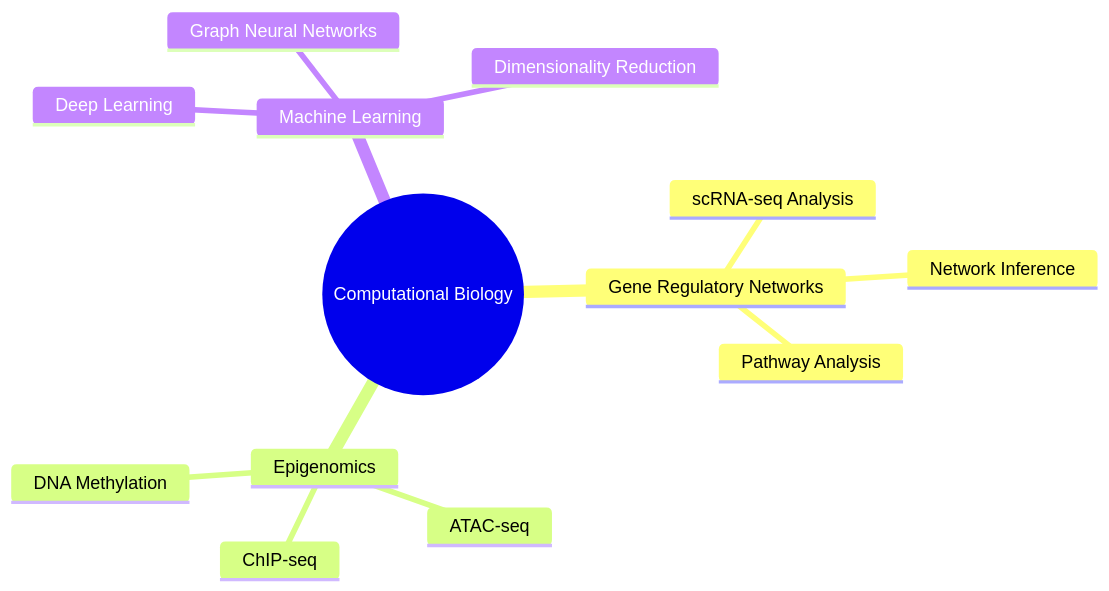
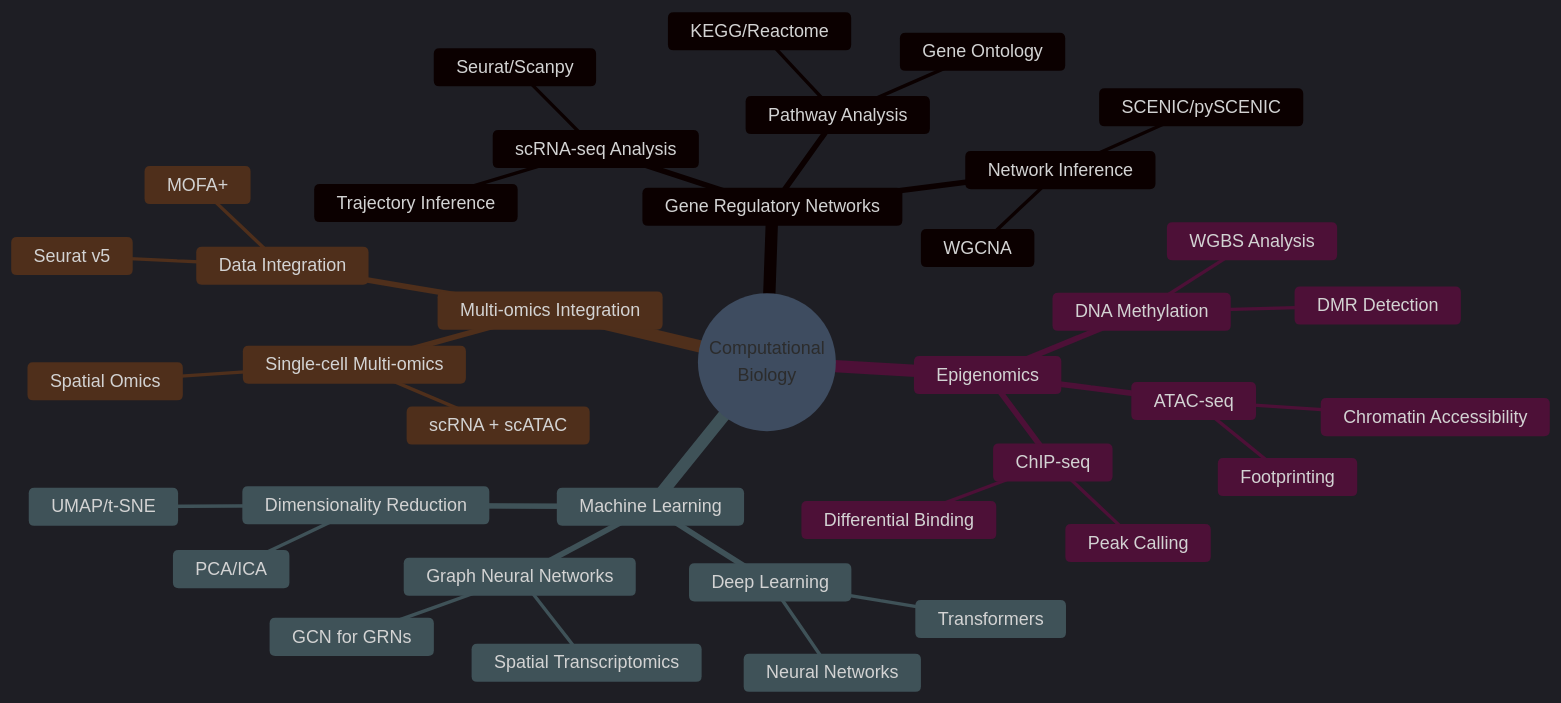
Before and after one commit to ngsFC/ngsFC: the first of 2 diagrams in README.md, drawn with Mermaid. The commit also changed other lines of this file, not shown here.

````diff
--- a/README.md
+++ b/README.md
@@ -95,16 +104,42 @@
 ```mermaid
+%%{init: {'theme':'dark', 'themeVariables': { 'primaryColor':'#1a1b27','primaryTextColor':'#36BCF7','primaryBorderColor':'#36BCF7','lineColor':'#58a6ff','secondaryColor':'#161b22','tertiaryColor':'#0d1117'}}}%%
 mindmap
-  root((Computational Biology))
+  root((Computational<br/>Biology))
     Gene Regulatory Networks
       scRNA-seq Analysis
+        Seurat/Scanpy
+        Trajectory Inference
       Network Inference
+        SCENIC/pySCENIC
+        WGCNA
       Pathway Analysis
+        Gene Ontology
+        KEGG/Reactome
     Epigenomics
       ChIP-seq
+        Peak Calling
+        Differential Binding
       ATAC-seq
+        Chromatin Accessibility
+        Footprinting
       DNA Methylation
+        WGBS Analysis
+        DMR Detection
     Machine Learning
       Deep Learning
+        Neural Networks
+        Transformers
       Graph Neural Networks
+        GCN for GRNs
+        Spatial Transcriptomics
       Dimensionality Reduction
+        UMAP/t-SNE
+        PCA/ICA
+    Multi-omics Integration
+      Data Integration
+        Seurat v5
+        MOFA+
+      Single-cell Multi-omics
+        scRNA + scATAC
+        Spatial Omics
 ```
````
